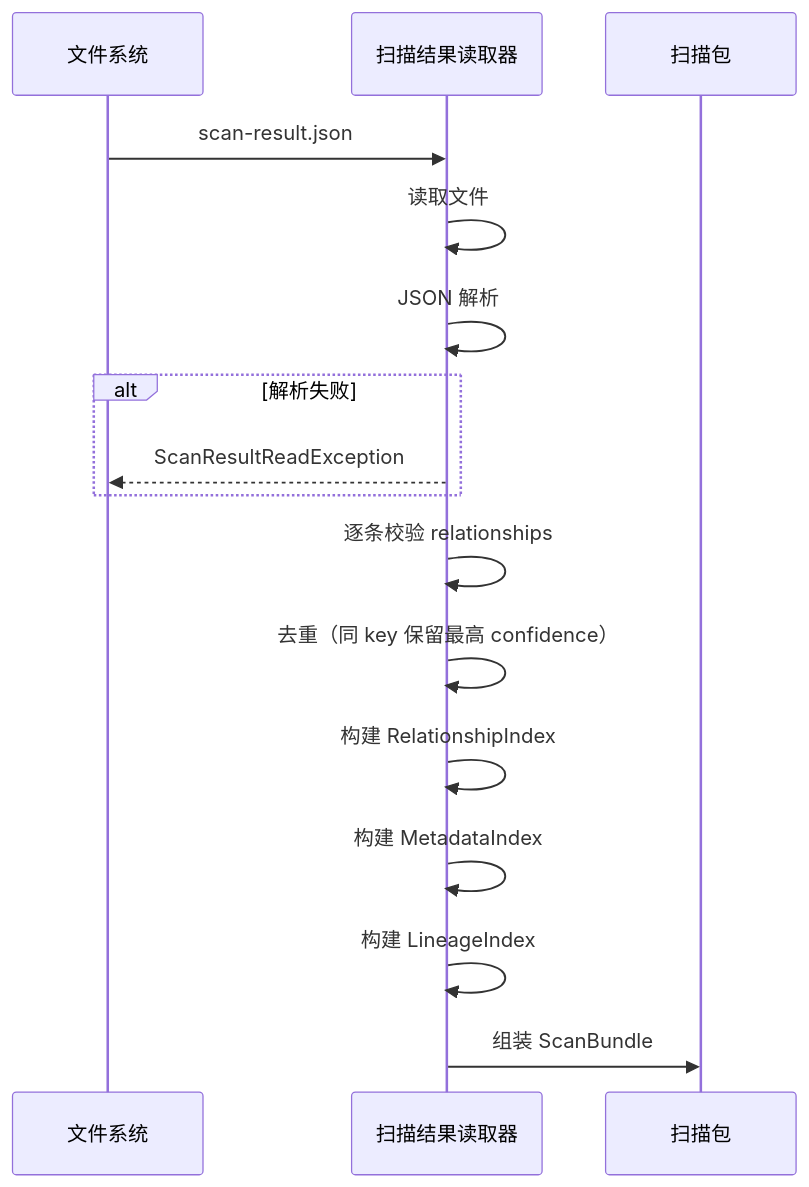
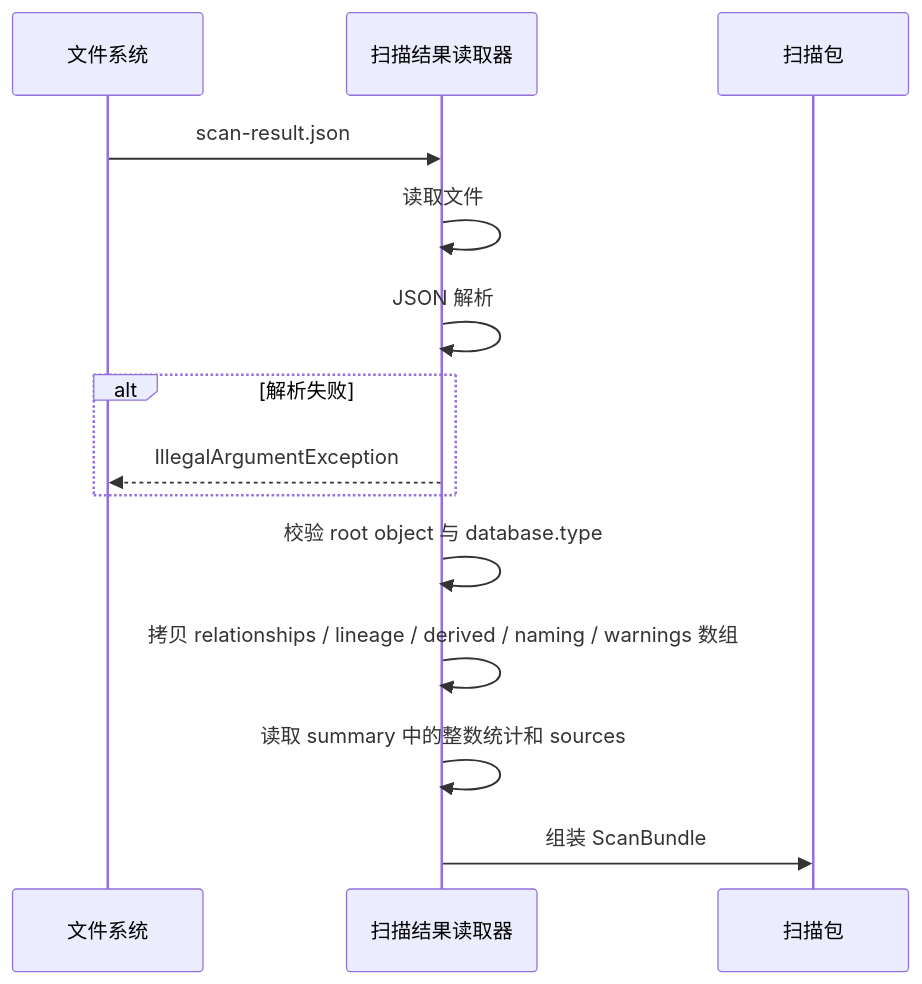
The third of 4 diagrams in docs/design/semantic-layer/01-scan-result-reader.md (xiaoguang/relation-detector), drawn with Mermaid before and after one commit. The commit also changed other lines of this file and 7021 other files, not shown here.

````diff
--- a/docs/design/semantic-layer/01-scan-result-reader.md
+++ b/docs/design/semantic-layer/01-scan-result-reader.md
@@ -265,19 +214,17 @@
 ```mermaid
 sequenceDiagram
     participant FS as 文件系统
     participant SR as 扫描结果读取器
     participant SB as 扫描包
 
     FS->>SR: scan-result.json
     SR->>SR: 读取文件
     SR->>SR: JSON 解析
     alt 解析失败
-        SR-->>FS: ScanResultReadException
+        SR-->>FS: IllegalArgumentException
     end
-    SR->>SR: 逐条校验 relationships
-    SR->>SR: 去重（同 key 保留最高 confidence）
-    SR->>SR: 构建 RelationshipIndex
-    SR->>SR: 构建 MetadataIndex
-    SR->>SR: 构建 LineageIndex
+    SR->>SR: 校验 root object 与 database.type
+    SR->>SR: 拷贝 relationships / lineage / derived / naming / warnings 数组
+    SR->>SR: 读取 summary 中的整数统计和 sources
     SR->>SB: 组装 ScanBundle
 ```
````
